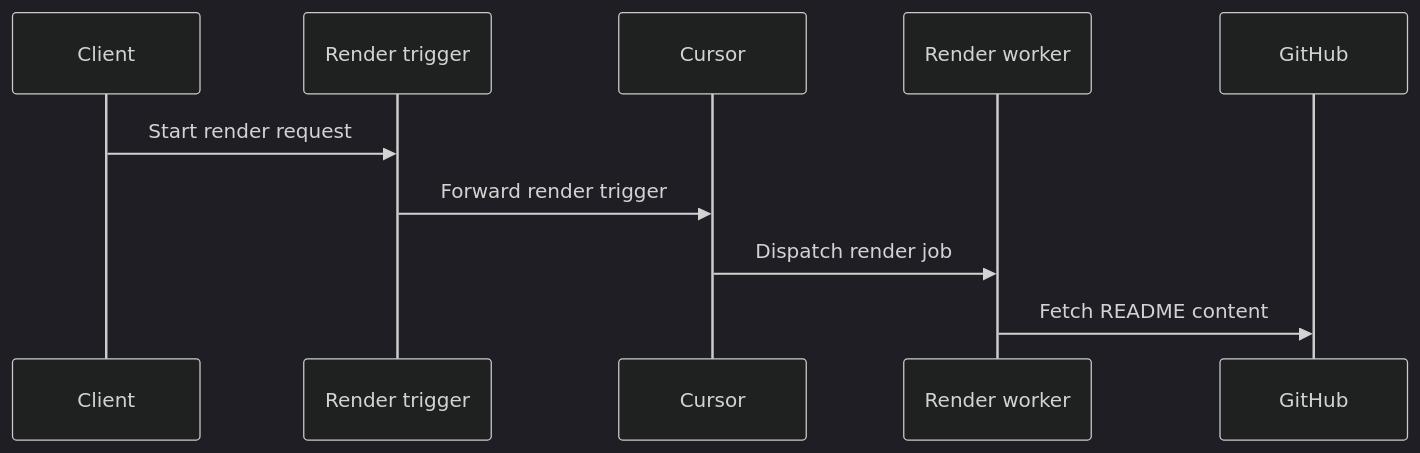
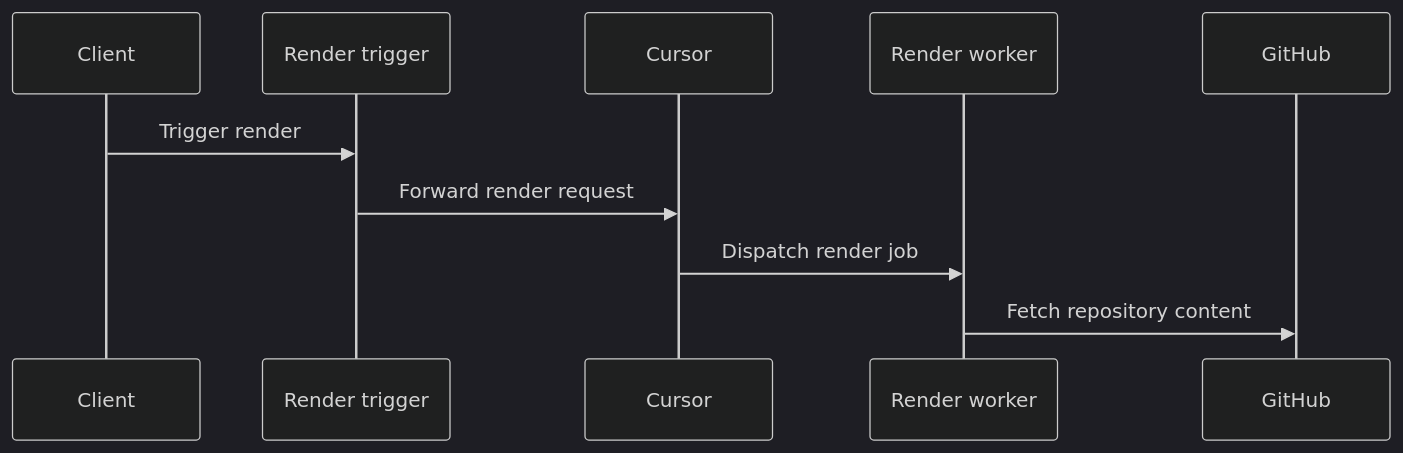
Before and after one commit to starmorph/mermaid-anywhere: the diagram in README.md, drawn with Mermaid (dark theme).

Commit message:
Add Mermaid sequence diagram to README

````diff
--- a/README.md
+++ b/README.md
@@ -46,13 +46,13 @@
 ```mermaid
 sequenceDiagram
     participant Client
     participant RenderTrigger as Render trigger
     participant Cursor
     participant RenderWorker as Render worker
     participant GitHub
 
-    Client->>RenderTrigger: Start render request
-    RenderTrigger->>Cursor: Forward render trigger
+    Client->>RenderTrigger: Trigger render
+    RenderTrigger->>Cursor: Forward render request
     Cursor->>RenderWorker: Dispatch render job
-    RenderWorker->>GitHub: Fetch README content
+    RenderWorker->>GitHub: Fetch repository content
 ```
````
